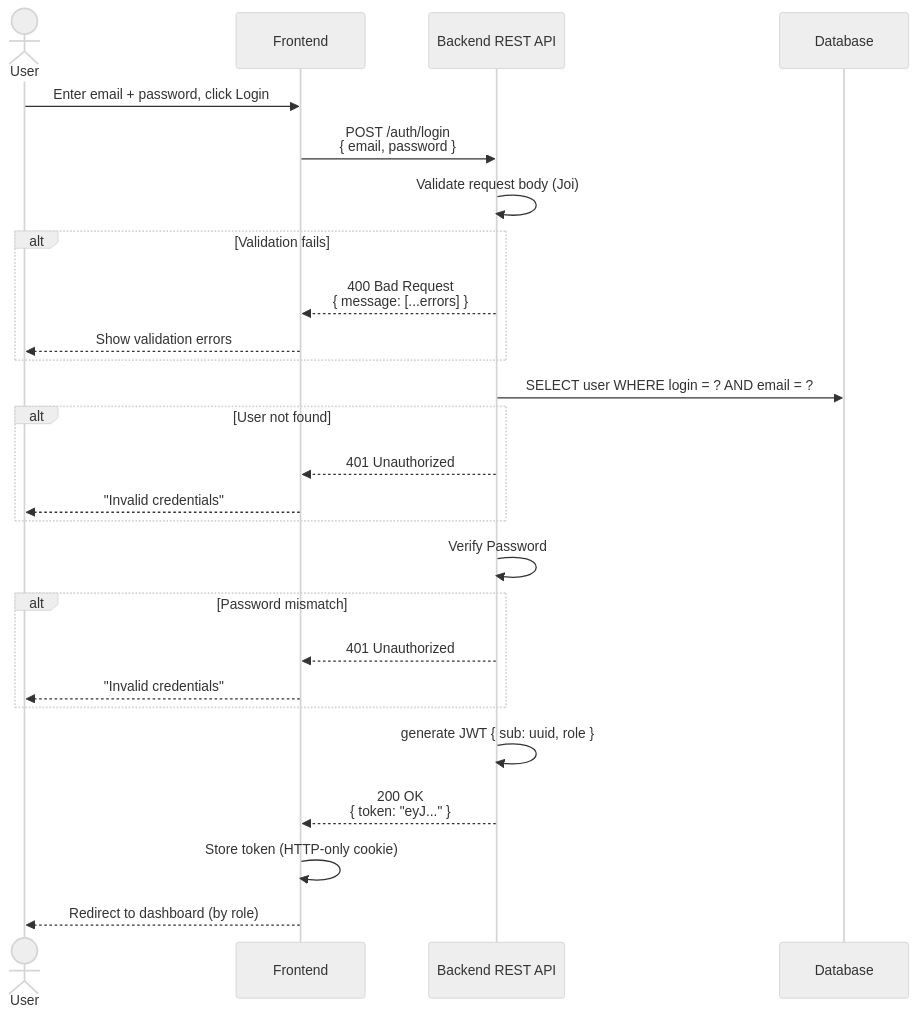
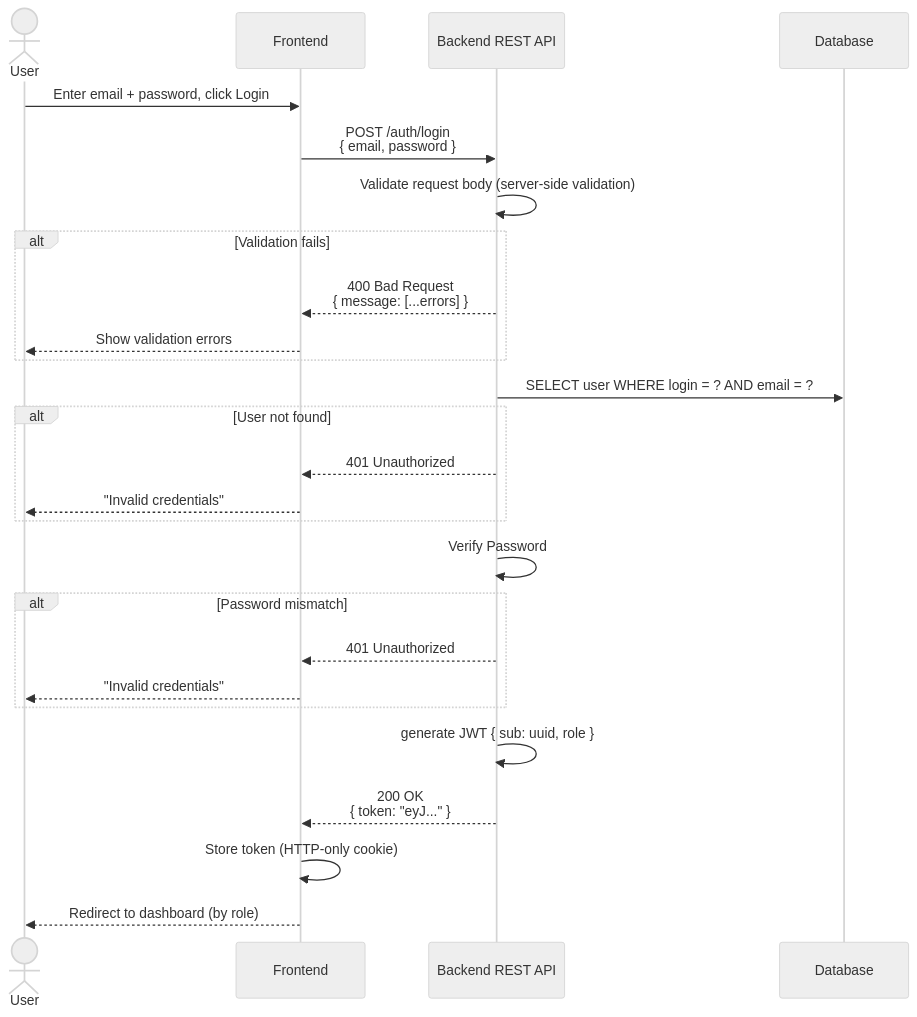
One commit to ebouchut/learn-dev changed the second of 3 diagrams in CONTRIBUTING.md. Above: the diagram before and after it, drawn with Mermaid (neutral theme). The commit also changed other lines of this file and 2 other files, not shown here.

````diff
--- a/CONTRIBUTING.md
+++ b/CONTRIBUTING.md
@@ -75,35 +75,35 @@
 ```mermaid
 sequenceDiagram
     actor U as User
     participant FE as Frontend
     participant API as Backend REST API
     participant DB as Database
 
     U->>FE: Enter email + password, click Login
 
     FE->>API: POST /auth/login<br/>{ email, password }
 
-    API->>API: Validate request body (Joi)
+    API->>API: Validate request body (server-side validation)
     alt Validation fails
         API-->>FE: 400 Bad Request<br/>{ message: [...errors] }
         FE-->>U: Show validation errors
     end
 
     API->>DB: SELECT user WHERE login = ? AND email = ?
     alt User not found
         API-->>FE: 401 Unauthorized
         FE-->>U: "Invalid credentials"
     end
 
     API->>API: Verify Password
     alt Password mismatch
         API-->>FE: 401 Unauthorized
         FE-->>U: "Invalid credentials"
     end
 
     API->>API: generate JWT { sub: uuid, role }
     API-->>FE: 200 OK<br/>{ token: "eyJ..." }
 
     FE->>FE: Store token (HTTP-only cookie)
     FE-->>U: Redirect to dashboard (by role)
 ```
````
